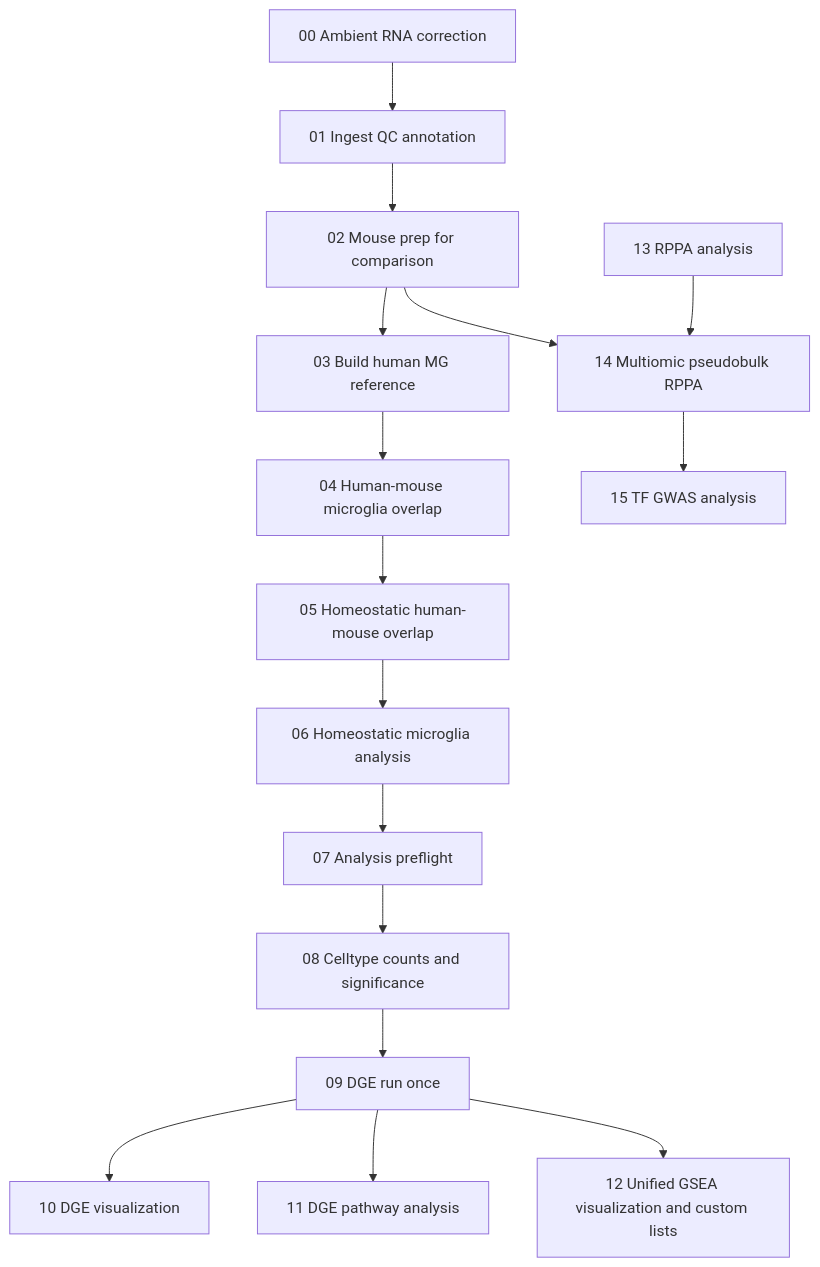
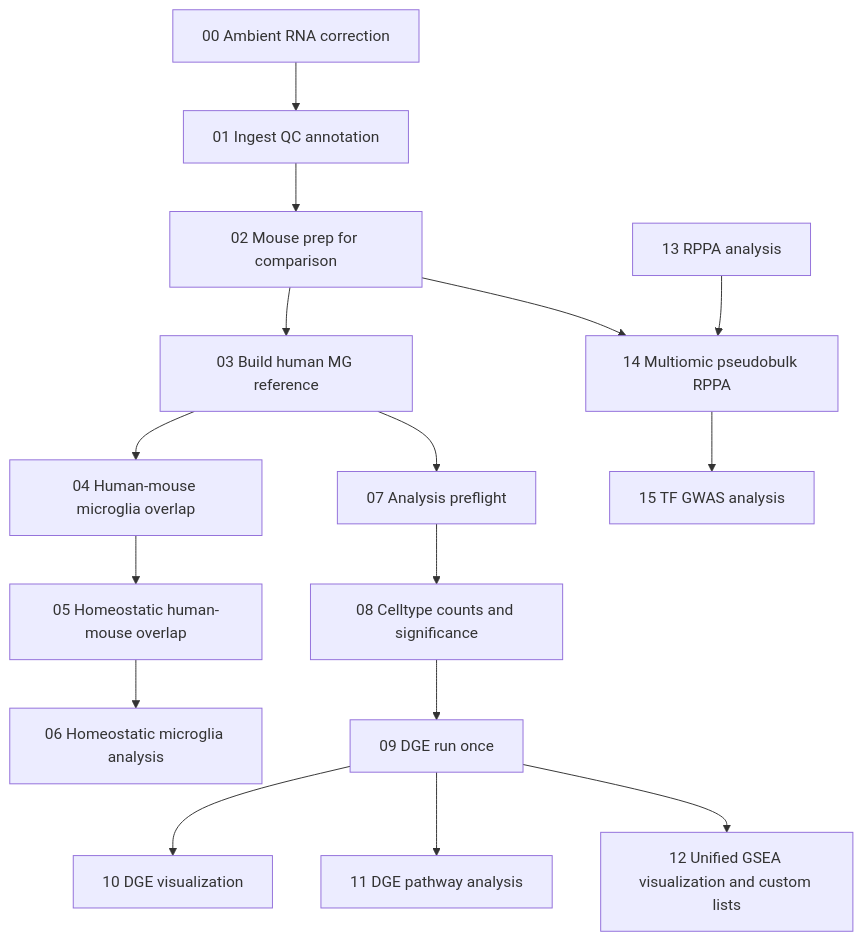
The diagram in README.md (jmorganknight/Brain_snRNAseq), drawn with Mermaid before and after one commit.

Commit message:
Fix reference path for Analysis preflight

````diff
--- a/README.md
+++ b/README.md
@@ -65,19 +65,19 @@
 ```mermaid
 flowchart TD
 	N00[00 Ambient RNA correction] --> N01[01 Ingest QC annotation]
 	N01 --> N02[02 Mouse prep for comparison]
 	N02 --> N03[03 Build human MG reference]
 	N03 --> N04[04 Human-mouse microglia overlap]
 	N04 --> N05[05 Homeostatic human-mouse overlap]
 	N05 --> N06[06 Homeostatic microglia analysis]
-	N06 --> N07[07 Analysis preflight]
+	N03 --> N07[07 Analysis preflight]
 	N07 --> N08[08 Celltype counts and significance]
 	N08 --> N09[09 DGE run once]
 	N09 --> N10[10 DGE visualization]
 	N09 --> N11[11 DGE pathway analysis]
 	N09 --> N12[12 Unified GSEA visualization and custom lists]
 	N13[13 RPPA analysis]
 	N02 --> N14[14 Multiomic pseudobulk RPPA]
 	N13 --> N14[14 Multiomic pseudobulk RPPA]
 	N14 --> N15[15 TF GWAS analysis]
 ```
````
